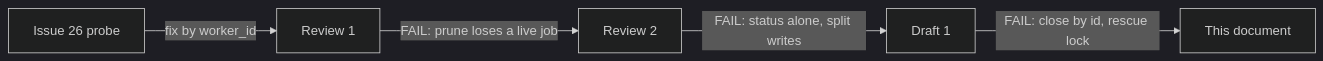
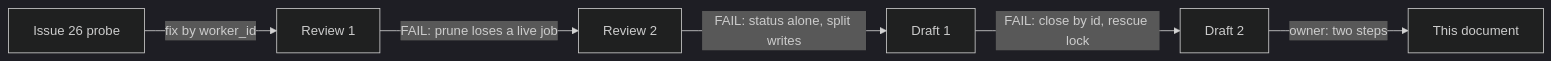
The fourth of 4 diagrams in docs/central-delivery-fencing.md (mcurcio/photo-wall), drawn with Mermaid (dark theme) before and after one commit. The commit also changed other lines of this file, not shown here.

First line of the commit message:
docs(design): delivery fencing — apply owner gate rulings (two-step close)

````diff
--- a/docs/central-delivery-fencing.md
+++ b/docs/central-delivery-fencing.md
@@ -213,7 +208,8 @@
 ```mermaid
 graph LR
   P["Issue 26 probe"] -- "fix by worker_id" --> R1["Review 1"]
   R1 -- "FAIL: prune loses a live job" --> R2["Review 2"]
   R2 -- "FAIL: status alone, split writes" --> D1["Draft 1"]
-  D1 -- "FAIL: close by id, rescue lock" --> D2["This document"]
+  D1 -- "FAIL: close by id, rescue lock" --> D2["Draft 2"]
+  D2 -- "owner: two steps" --> D3["This document"]
 ```
````
